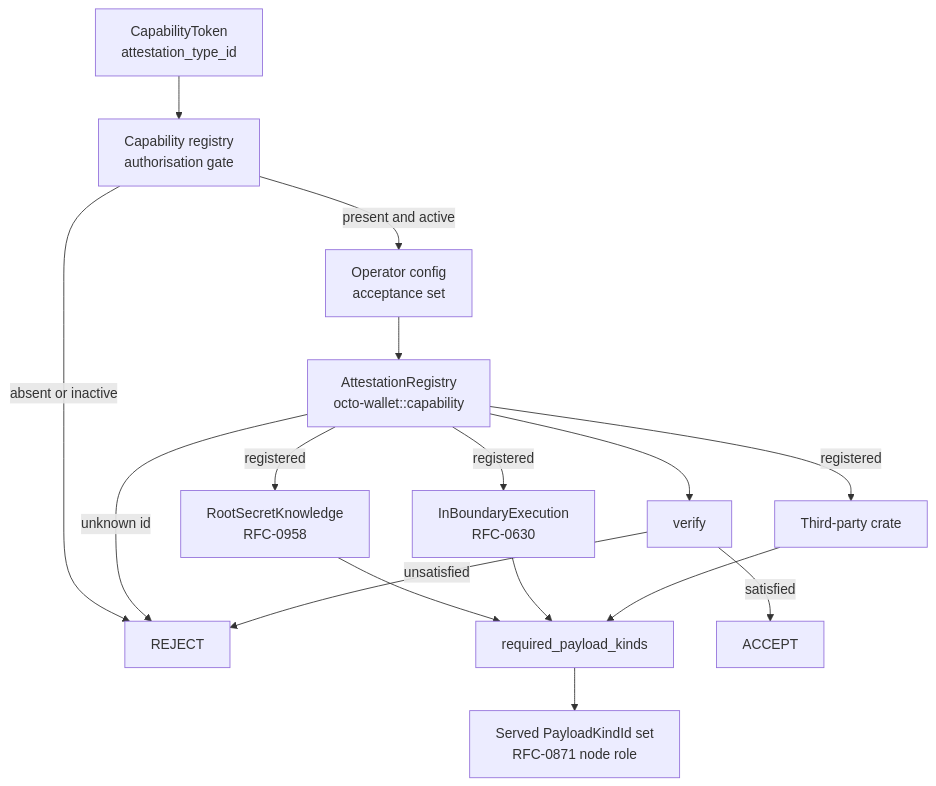
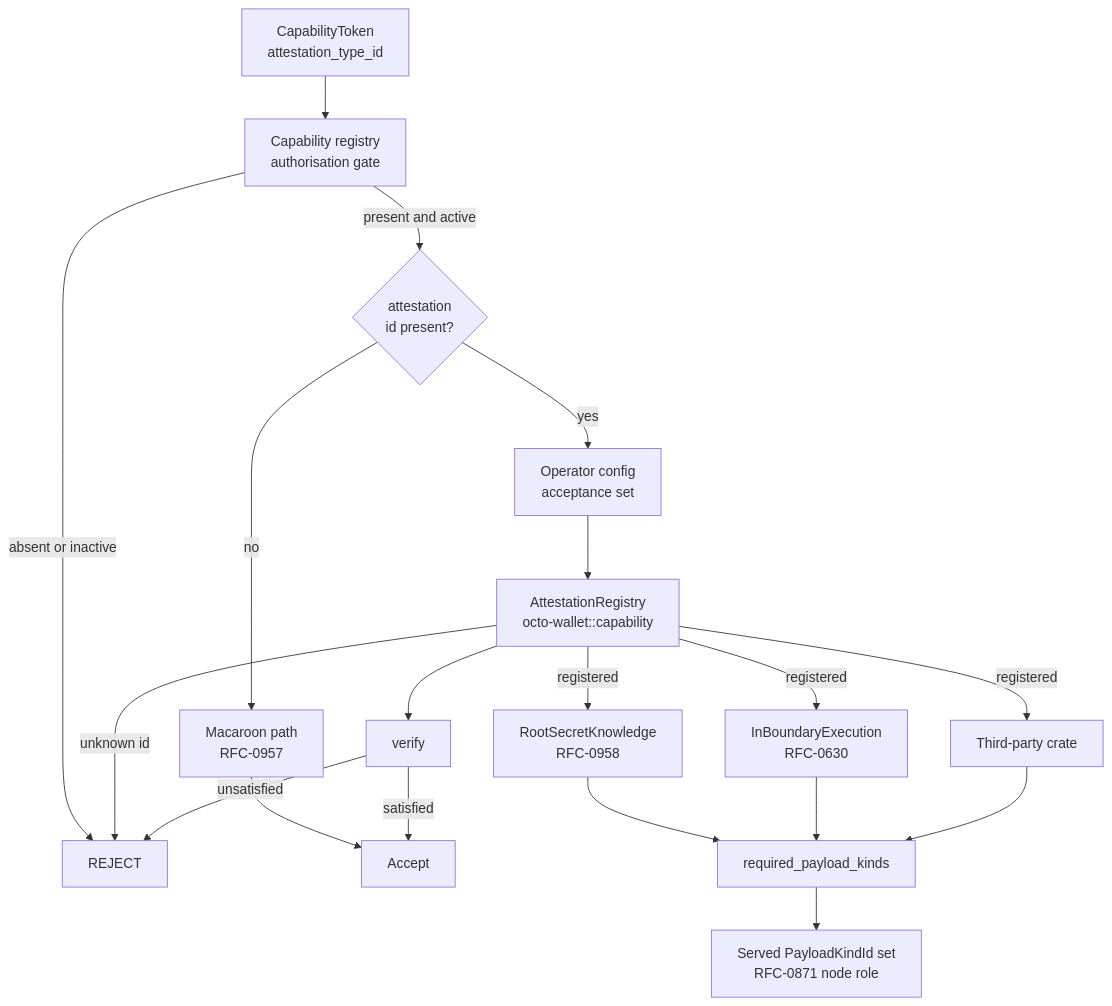
The diagram in rfcs/draft/economics/0973-pluggable-proof-attestation-for-capabilities.md (CipherOcto/cipherocto), drawn with Mermaid before and after one commit. The commit also changed other lines of this file, not shown here.

First line of the commit message:
docs(rfc): resolve round 10 findings in RFC-0973

````diff
--- a/rfcs/draft/economics/0973-pluggable-proof-attestation-for-capabilities.md
+++ b/rfcs/draft/economics/0973-pluggable-proof-attestation-for-capabilities.md
@@ -143,18 +143,21 @@
 ```mermaid
 graph TD
     Token[CapabilityToken<br/>attestation_type_id] --> Iss[Capability registry<br/>authorisation gate]
     Iss -->|absent or inactive| Reject[REJECT]
-    Iss -->|present and active| Cfg[Operator config<br/>acceptance set]
+    Iss -->|present and active| HasId{attestation<br/>id present?}
+    HasId -->|no| Mac[Macaroon path<br/>RFC-0957]
+    Mac --> Accept
+    HasId -->|yes| Cfg[Operator config<br/>acceptance set]
     Cfg --> Reg[AttestationRegistry<br/>octo-wallet::capability]
     Reg -->|unknown id| Reject
     Reg -->|registered| S1[RootSecretKnowledge<br/>RFC-0958]
     Reg -->|registered| S2[InBoundaryExecution<br/>RFC-0630]
     Reg -->|registered| S3[Third-party crate]
     S1 --> Req[required_payload_kinds]
     S2 --> Req
     S3 --> Req
     Req --> Kinds[Served PayloadKindId set<br/>RFC-0871 node role]
     Reg --> Verify[verify]
     Verify -->|unsatisfied| Reject
-    Verify -->|satisfied| Accept[ACCEPT]
+    Verify -->|satisfied| Accept
 ```
````
